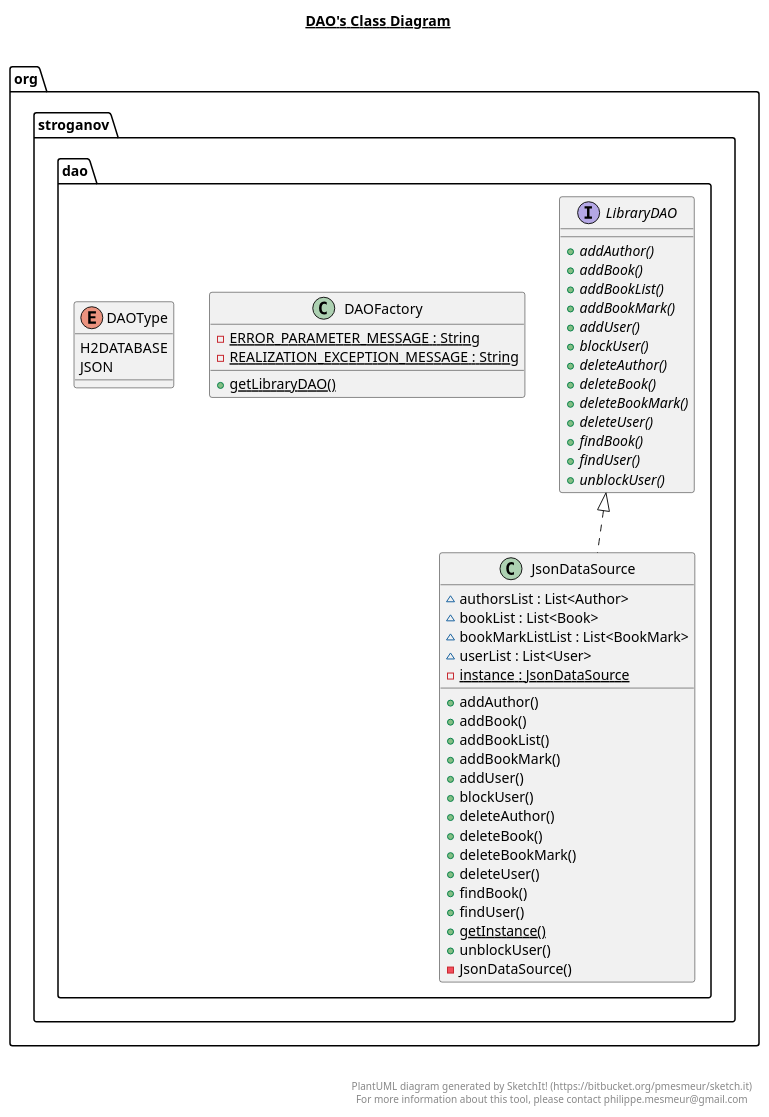
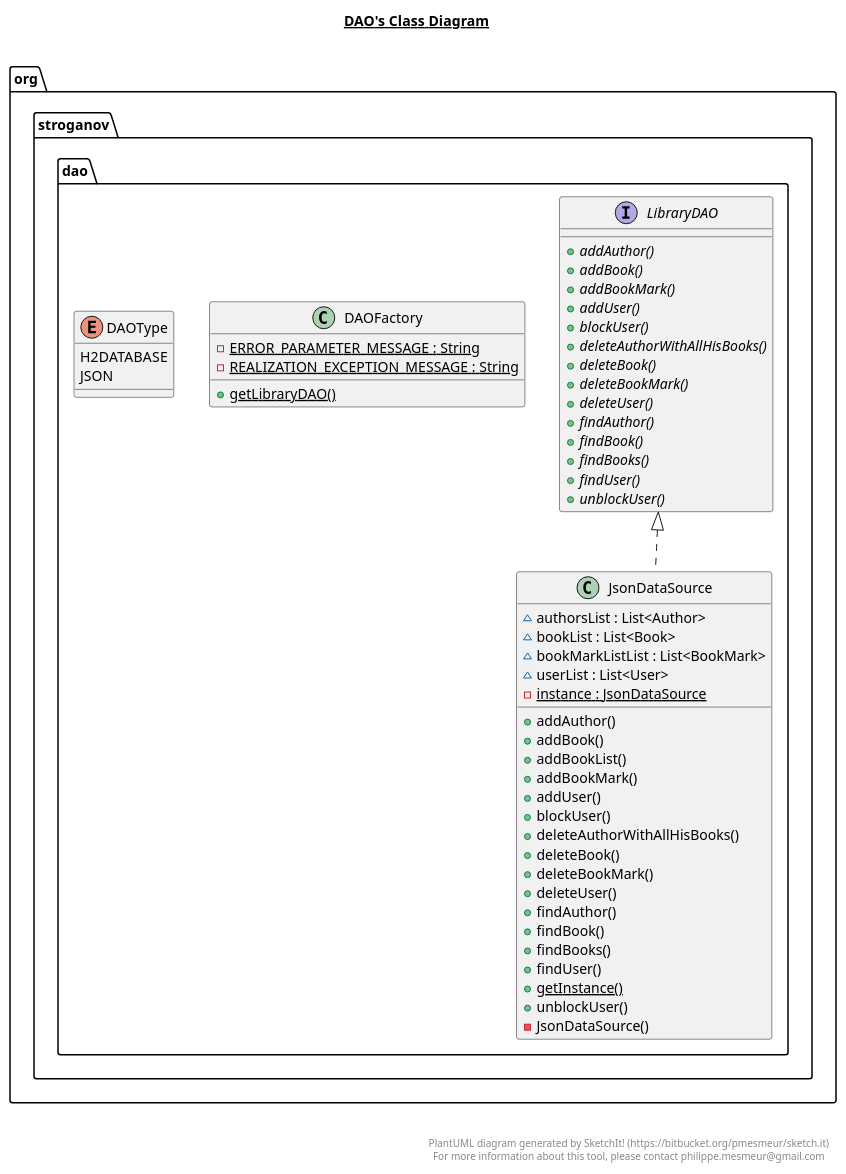
The diagram in src/main/java/org/stroganov/dao/dao.plantuml (SergeyStroganoff/LibraryApp), drawn with PlantUML before and after one commit. The commit also changed 12 other files, not shown here.

```diff
--- a/src/main/java/org/stroganov/dao/dao.plantuml
+++ b/src/main/java/org/stroganov/dao/dao.plantuml
@@ -1,85 +1,88 @@
 @startuml
 
 title __DAO's Class Diagram__\n
 
   namespace org.stroganov {
     namespace dao {
       class org.stroganov.dao.DAOFactory {
           {static} - ERROR_PARAMETER_MESSAGE : String
           {static} - REALIZATION_EXCEPTION_MESSAGE : String
           {static} + getLibraryDAO()
       }
     }
   }
   
 
   namespace org.stroganov {
     namespace dao {
       enum DAOType {
         H2DATABASE
         JSON
       }
     }
   }
   
 
   namespace org.stroganov {
     namespace dao {
       class org.stroganov.dao.JsonDataSource {
           ~ authorsList : List<Author>
           ~ bookList : List<Book>
           ~ bookMarkListList : List<BookMark>
           ~ userList : List<User>
           {static} - instance : JsonDataSource
           + addAuthor()
           + addBook()
           + addBookList()
           + addBookMark()
           + addUser()
           + blockUser()
-          + deleteAuthor()
+          + deleteAuthorWithAllHisBooks()
           + deleteBook()
           + deleteBookMark()
           + deleteUser()
+          + findAuthor()
           + findBook()
+          + findBooks()
           + findUser()
           {static} + getInstance()
           + unblockUser()
           - JsonDataSource()
       }
     }
   }
   
 
   namespace org.stroganov {
     namespace dao {
       interface org.stroganov.dao.LibraryDAO {
           {abstract} + addAuthor()
           {abstract} + addBook()
-          {abstract} + addBookList()
           {abstract} + addBookMark()
           {abstract} + addUser()
           {abstract} + blockUser()
-          {abstract} + deleteAuthor()
+          {abstract} + deleteAuthorWithAllHisBooks()
           {abstract} + deleteBook()
           {abstract} + deleteBookMark()
           {abstract} + deleteUser()
+          {abstract} + findAuthor()
           {abstract} + findBook()
+          {abstract} + findBooks()
           {abstract} + findUser()
           {abstract} + unblockUser()
       }
     }
   }
   
 
   org.stroganov.dao.JsonDataSource .up.|> org.stroganov.dao.LibraryDAO
 
 
 right footer
 
 
 PlantUML diagram generated by SketchIt! (https://bitbucket.org/pmesmeur/sketch.it)
 For more information about this tool, please contact philippe.mesmeur@gmail.com
 endfooter
 
 @enduml
```
